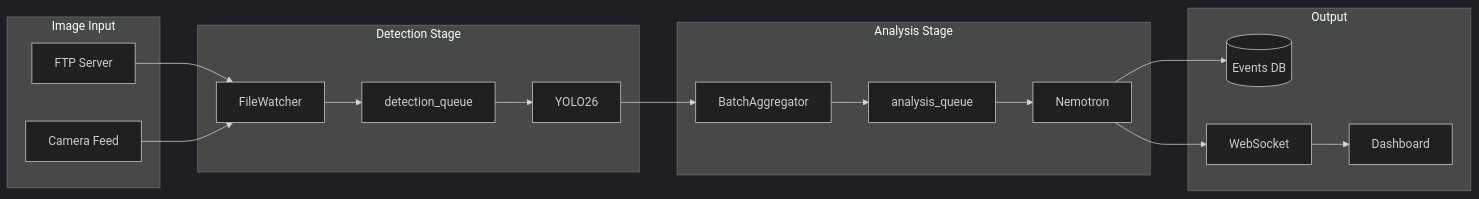
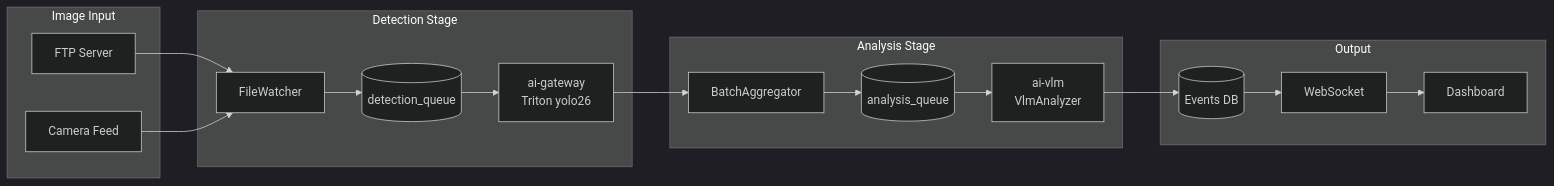
The fifth of 9 diagrams in docs/diagrams/README.md (mikesvoboda/nemotron-v3-home-security-intelligence), drawn with Mermaid before and after one commit. The commit also changed other lines of this file and 231 other files, not shown here.

````diff
--- a/docs/diagrams/README.md
+++ b/docs/diagrams/README.md
@@ -103,44 +112,44 @@
 ```mermaid
 %%{init: {
   'theme': 'dark',
   'themeVariables': {
     'primaryColor': '#3B82F6',
     'secondaryColor': '#A855F7',
     'tertiaryColor': '#009688'
   }
 }}%%
 flowchart LR
     subgraph Input["Image Input"]
         FTP[FTP Server]
         CAM[Camera Feed]
     end
 
     subgraph Detection["Detection Stage"]
         FW[FileWatcher]
-        DQ[detection_queue]
-        YOLO[YOLO26]
+        DQ[(detection_queue)]
+        GW[ai-gateway<br/>Triton yolo26]
     end
 
     subgraph Analysis["Analysis Stage"]
         BA[BatchAggregator]
-        AQ[analysis_queue]
-        NEM[Nemotron]
+        AQ[(analysis_queue)]
+        VLM[ai-vlm<br/>VlmAnalyzer]
     end
 
     subgraph Output["Output"]
         DB[(Events DB)]
         WS[WebSocket]
         UI[Dashboard]
     end
 
     FTP --> FW
     CAM --> FW
     FW --> DQ
-    DQ --> YOLO
-    YOLO --> BA
+    DQ --> GW
+    GW --> BA
     BA --> AQ
-    AQ --> NEM
-    NEM --> DB
-    NEM --> WS
+    AQ --> VLM
+    VLM --> DB
+    DB --> WS
     WS --> UI
 ```
````
